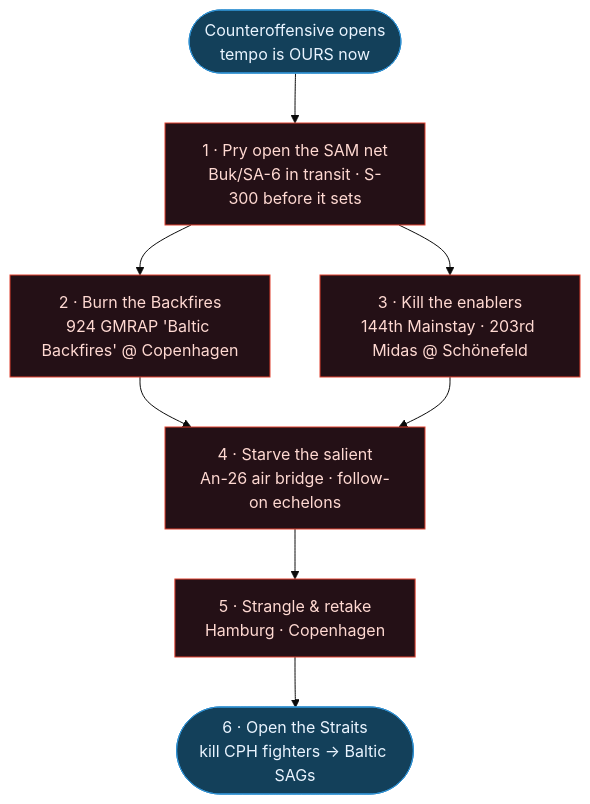
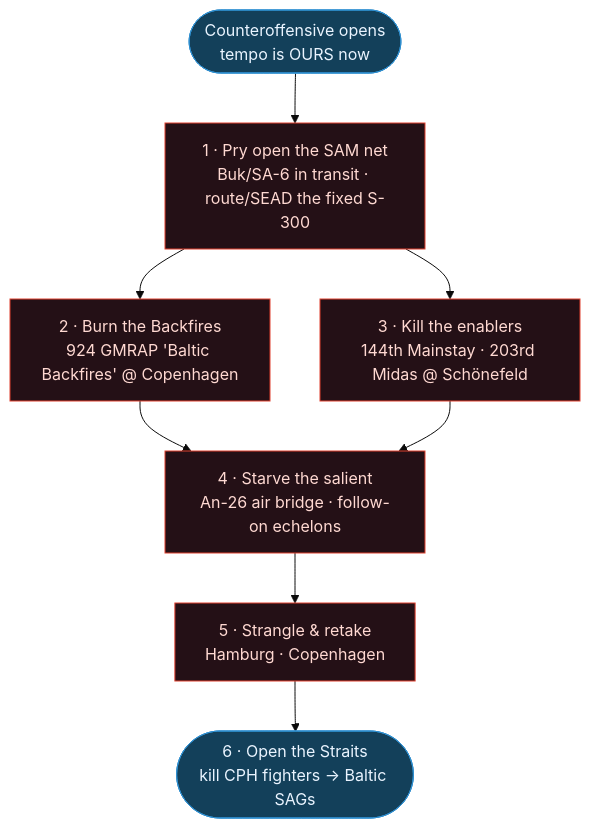
One commit to BradySox/414Ret changed the first of 2 diagrams in docs/campaigns/red-tide-visual-briefing.md. Above: the diagram before and after it, drawn with Mermaid (base theme). The commit also changed other lines of this file and 2 other files, not shown here.

First line of the commit message:
docs(red-tide): rework SAM graphic as range rings; S-300/S-200 are established

````diff
--- a/docs/campaigns/red-tide-visual-briefing.md
+++ b/docs/campaigns/red-tide-visual-briefing.md
@@ -36,13 +37,13 @@
 ```mermaid
 flowchart TD
     A([Counteroffensive opens<br/>tempo is OURS now]):::hd
-    A --> B[1 · Pry open the SAM net<br/>Buk/SA-6 in transit · S-300 before it sets]:::t
+    A --> B[1 · Pry open the SAM net<br/>Buk/SA-6 in transit · route/SEAD the fixed S-300]:::t
     B --> C[2 · Burn the Backfires<br/>924 GMRAP 'Baltic Backfires' @ Copenhagen]:::t
     B --> D[3 · Kill the enablers<br/>144th Mainstay · 203rd Midas @ Schönefeld]:::t
     C --> E[4 · Starve the salient<br/>An-26 air bridge · follow-on echelons]:::t
     D --> E
     E --> F[5 · Strangle & retake<br/>Hamburg · Copenhagen]:::t
     F --> G([6 · Open the Straits<br/>kill CPH fighters → Baltic SAGs]):::hd
     classDef hd fill:#13405a,stroke:#2f8fd0,color:#eaf4ff;
     classDef t fill:#241016,stroke:#e0402f,color:#ffd9d2;
 ```
````
